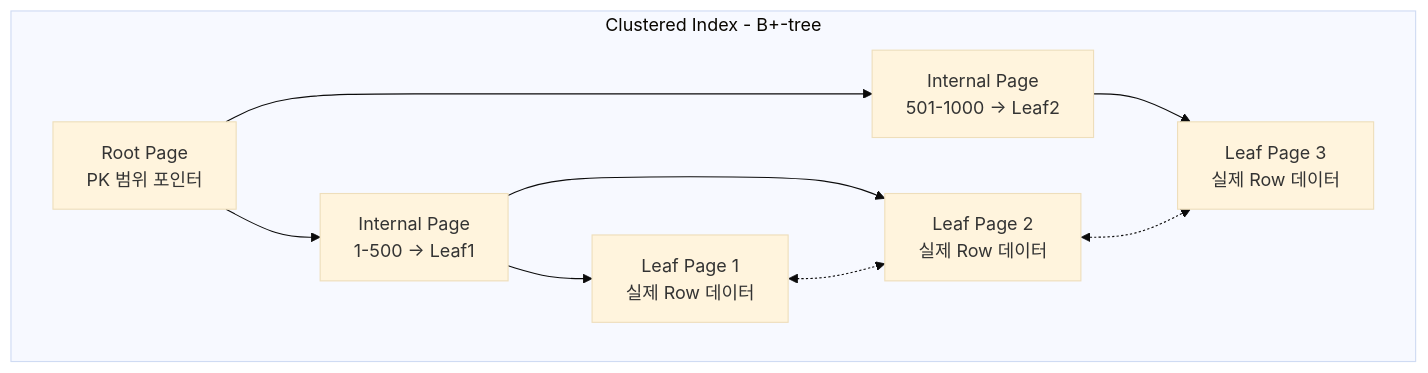
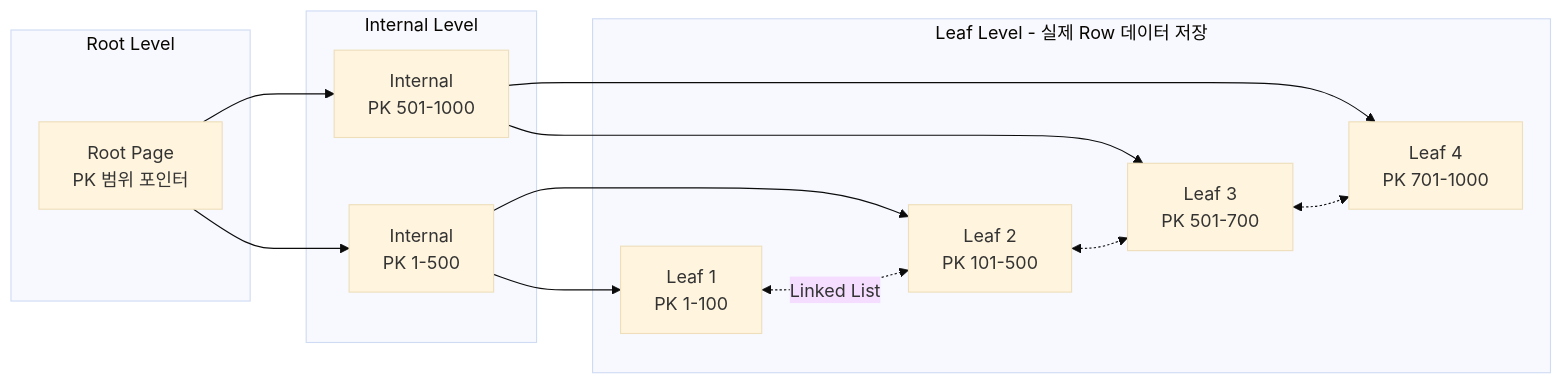
The first of 14 diagrams in src/data/blog/ko/mysql-btree-index-page-split-deep-dive.md (PreAgile/astro-paper), drawn with Mermaid (base theme) before and after one commit. The commit also changed other lines of this file and 17 other files, not shown here.

````diff
--- a/src/data/blog/ko/mysql-btree-index-page-split-deep-dive.md
+++ b/src/data/blog/ko/mysql-btree-index-page-split-deep-dive.md
@@ -61,21 +63,29 @@
 ```mermaid
-graph TB
-    subgraph "Clustered Index - B+-tree"
-        R[Root Page<br/>PK 범위 포인터]
+graph LR
+    subgraph "Root Level"
+        R["Root Page<br/>PK 범위 포인터"]
+    end
 
-        I1[Internal Page<br/>1-500 → Leaf1]
-        I2[Internal Page<br/>501-1000 → Leaf2]
+    subgraph "Internal Level"
+        I1["Internal<br/>PK 1-500"]
+        I2["Internal<br/>PK 501-1000"]
+    end
 
-        L1[Leaf Page 1<br/>실제 Row 데이터]
-        L2[Leaf Page 2<br/>실제 Row 데이터]
-        L3[Leaf Page 3<br/>실제 Row 데이터]
+    subgraph "Leaf Level - 실제 Row 데이터 저장"
+        L1["Leaf 1<br/>PK 1-100"]
+        L2["Leaf 2<br/>PK 101-500"]
+        L3["Leaf 3<br/>PK 501-700"]
+        L4["Leaf 4<br/>PK 701-1000"]
     end
 
     R --> I1
     R --> I2
     I1 --> L1
     I1 --> L2
     I2 --> L3
+    I2 --> L4
 
-    L1 <-.-> L2 <-.-> L3
+    L1 <-.->|"Linked List"| L2
+    L2 <-.-> L3
+    L3 <-.-> L4
 ```
````
